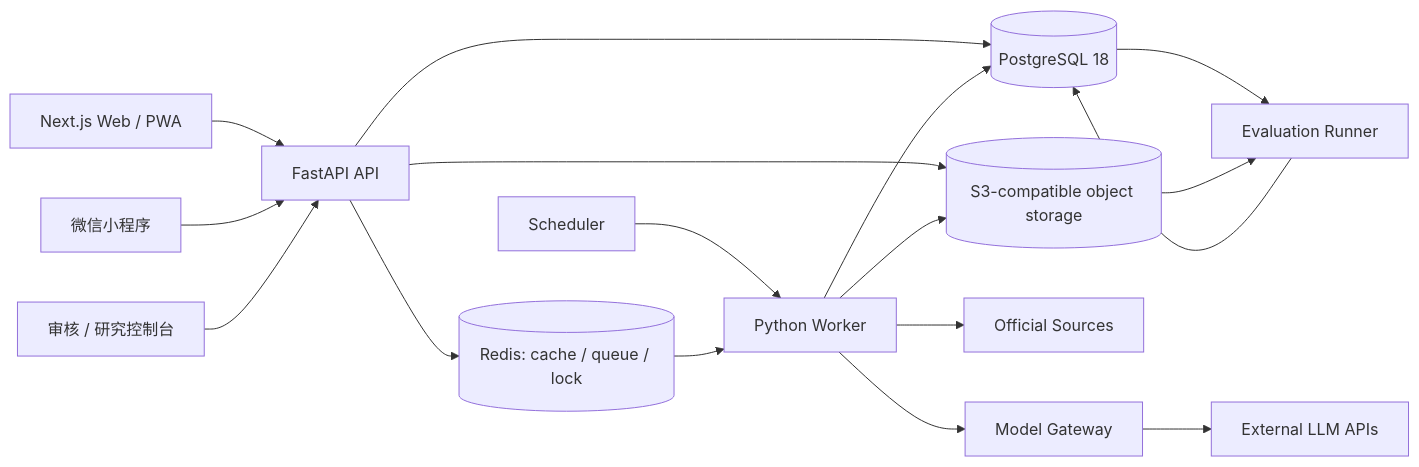
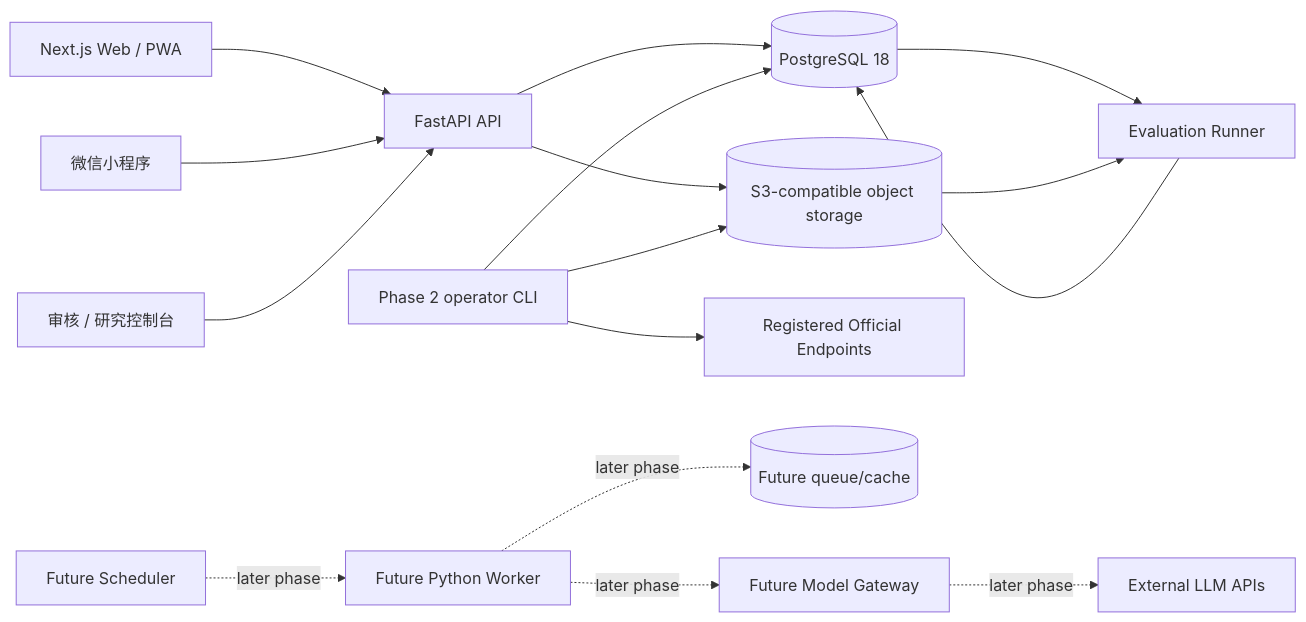
One commit to zjwlxylc/DeepAha changed the diagram in docs/development/architecture.md. Above: the diagram before and after it, drawn with Mermaid. The commit also changed other lines of this file and 10 other files, not shown here.

````diff
--- a/docs/development/architecture.md
+++ b/docs/development/architecture.md
@@ -19,22 +20,22 @@
 ```mermaid
 flowchart LR
     WEB[Next.js Web / PWA] --> API[FastAPI API]
     MINI[微信小程序] --> API
     ADMIN[审核 / 研究控制台] --> API
 
     API --> PG[(PostgreSQL 18)]
-    API --> REDIS[(Redis: cache / queue / lock)]
     API --> OBJECT[(S3-compatible object storage)]
 
-    SCHED[Scheduler] --> WORKER[Python Worker]
-    REDIS --> WORKER
-    WORKER --> SOURCES[Official Sources]
-    WORKER --> OBJECT
-    WORKER --> PG
-    WORKER --> MODEL[Model Gateway]
-    MODEL --> LLM[External LLM APIs]
+    COLLECT[Phase 2 operator CLI] --> SOURCES[Registered Official Endpoints]
+    COLLECT --> OBJECT
+    COLLECT --> PG
+
+    SCHED[Future Scheduler] -. later phase .-> WORKER[Future Python Worker]
+    WORKER -. later phase .-> REDIS[(Future queue/cache)]
+    WORKER -. later phase .-> MODEL[Future Model Gateway]
+    MODEL -. later phase .-> LLM[External LLM APIs]
 
     PG --> EVAL[Evaluation Runner]
     OBJECT --> EVAL
     EVAL --> PG
 ```
````
